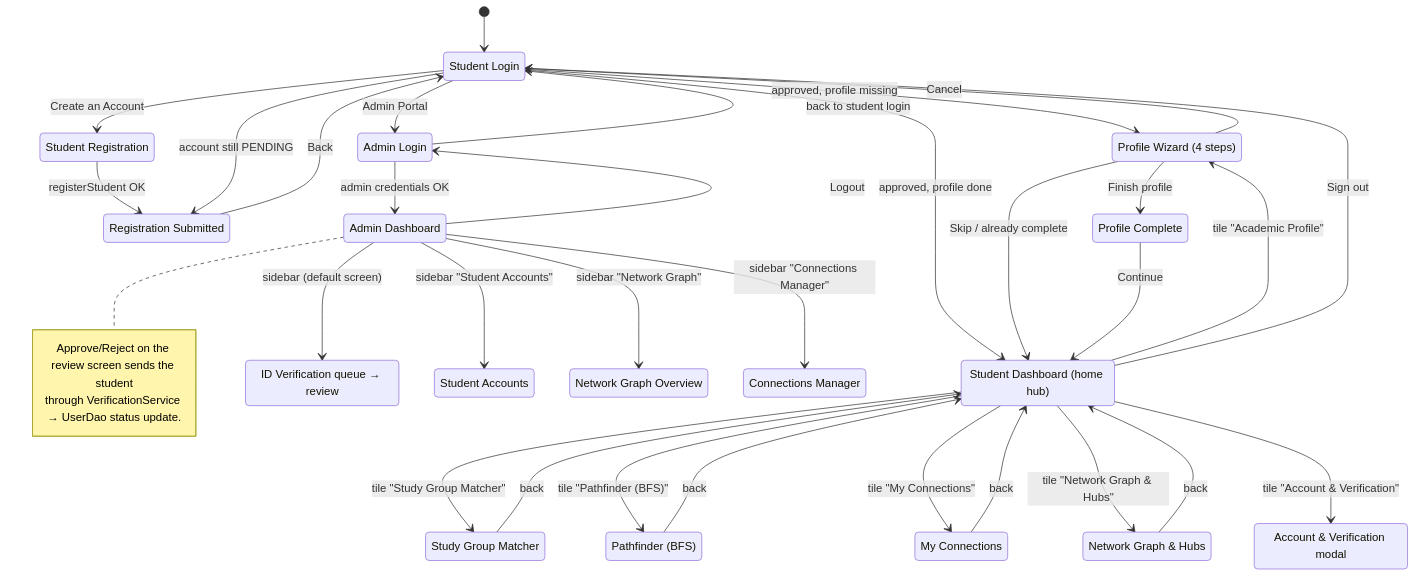
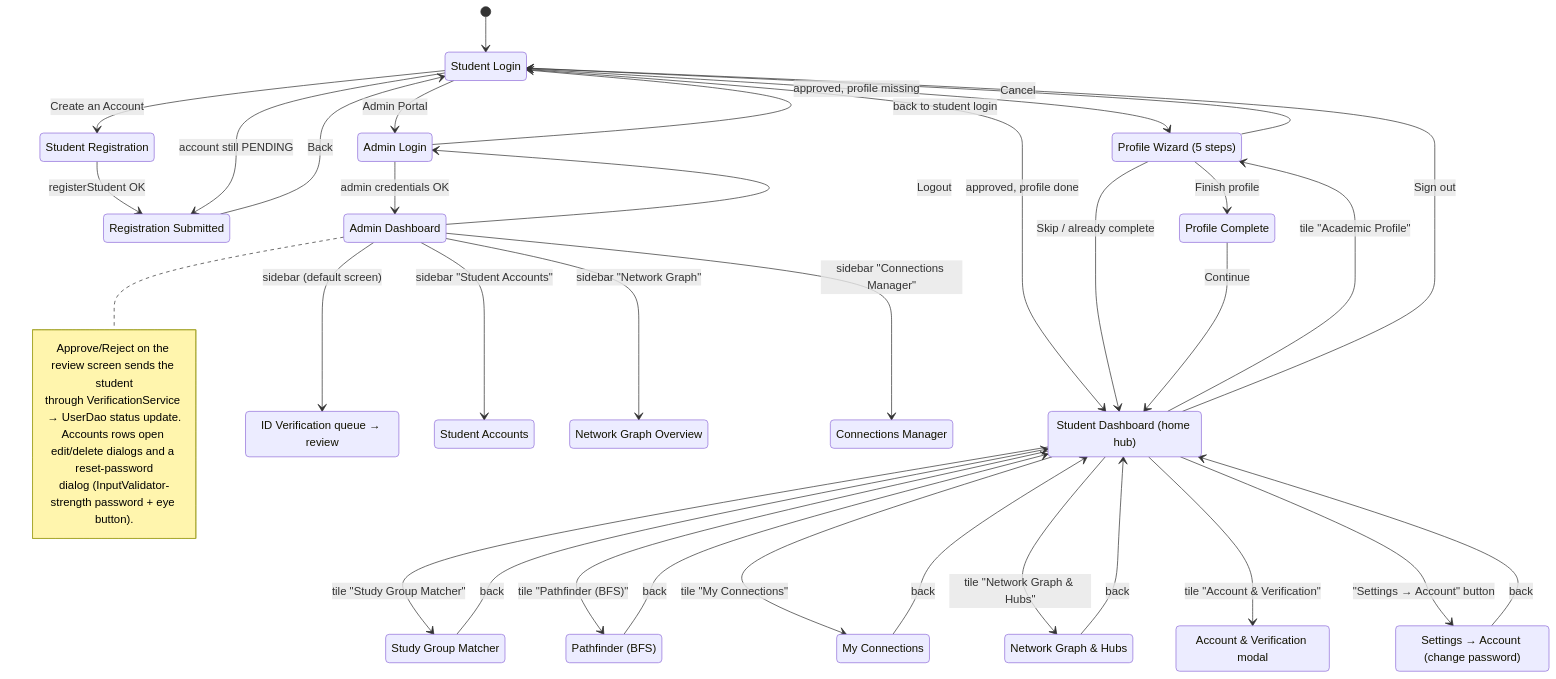
The second of 8 diagrams in docs/ARCHITECTURE.md (gianpaguia/NetworkConnectionFinder), drawn with Mermaid before and after one commit. The commit also changed other lines of this file, not shown here.

Commit message:
Sync architecture docs with merged implementation

````diff
--- a/docs/ARCHITECTURE.md
+++ b/docs/ARCHITECTURE.md
@@ -112,60 +121,65 @@
 ```mermaid
 stateDiagram-v2
     [*] --> StudentLogin
 
     state "Student Login" as StudentLogin
     state "Student Registration" as Register
     state "Registration Submitted" as Submitted
-    state "Profile Wizard (4 steps)" as Wizard
+    state "Profile Wizard (5 steps)" as Wizard
     state "Profile Complete" as WizardDone
     state "Student Dashboard (home hub)" as SDB
+    state "Settings → Account (change password)" as Settings
     state "Study Group Matcher" as Matcher
     state "Pathfinder (BFS)" as Finder
     state "My Connections" as Conns
     state "Network Graph & Hubs" as Analytics
     state "Account & Verification modal" as AccountModal
     state "Admin Login" as AdminLogin
     state "Admin Dashboard" as ADB
     state "ID Verification queue → review" as Verif
     state "Student Accounts" as Accounts
     state "Network Graph Overview" as NetOverview
     state "Connections Manager" as Edges
 
     StudentLogin --> Register : Create an Account
     Register --> Submitted : registerStudent OK
     Submitted --> StudentLogin : Back
 
     StudentLogin --> Wizard : approved, profile missing
     StudentLogin --> SDB : approved, profile done
     StudentLogin --> AdminLogin : Admin Portal
     StudentLogin --> Submitted : account still PENDING
 
     Wizard --> StudentLogin : Cancel
     Wizard --> SDB : Skip / already complete
     Wizard --> WizardDone : Finish profile
     WizardDone --> SDB : Continue
 
     SDB --> Matcher : tile "Study Group Matcher"
     SDB --> Finder : tile "Pathfinder (BFS)"
     SDB --> Conns : tile "My Connections"
     SDB --> Analytics : tile "Network Graph & Hubs"
     SDB --> Wizard : tile "Academic Profile"
     SDB --> AccountModal : tile "Account & Verification"
+    SDB --> Settings : "Settings → Account" button
+    Settings --> SDB : back
     Matcher --> SDB : back
     Finder --> SDB : back
     Conns --> SDB : back
     Analytics --> SDB : back
     SDB --> StudentLogin : Sign out
 
     AdminLogin --> ADB : admin credentials OK
     AdminLogin --> StudentLogin : back to student login
     ADB --> Verif : sidebar (default screen)
     ADB --> Accounts : sidebar "Student Accounts"
     ADB --> NetOverview : sidebar "Network Graph"
     ADB --> Edges : sidebar "Connections Manager"
     ADB --> AdminLogin : Logout
     note right of ADB
         Approve/Reject on the review screen sends the student
         through VerificationService → UserDao status update.
+        Accounts rows open edit/delete dialogs and a reset-password
+        dialog (InputValidator-strength password + eye button).
     end note
 ```
````
